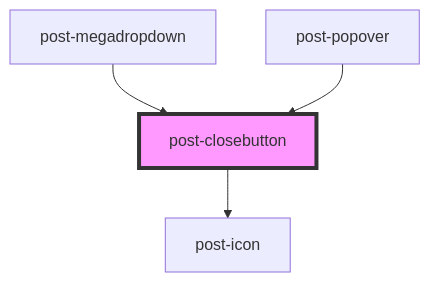
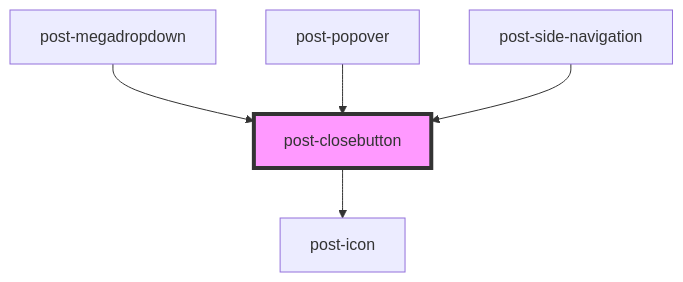
The diagram in packages/components/src/components/post-closebutton/readme.md (swisspost/design-system), drawn with Mermaid before and after one commit. The commit also changed other lines of this file and 19 other files, not shown here.

First line of the commit message:
feat(component): add `post-side-navigation` (#7762)

````diff
--- a/packages/components/src/components/post-closebutton/readme.md
+++ b/packages/components/src/components/post-closebutton/readme.md
@@ -34,7 +35,8 @@
 ```mermaid
 graph TD;
   post-closebutton --> post-icon
   post-megadropdown --> post-closebutton
   post-popover --> post-closebutton
+  post-side-navigation --> post-closebutton
   style post-closebutton fill:#f9f,stroke:#333,stroke-width:4px
 ```
````
